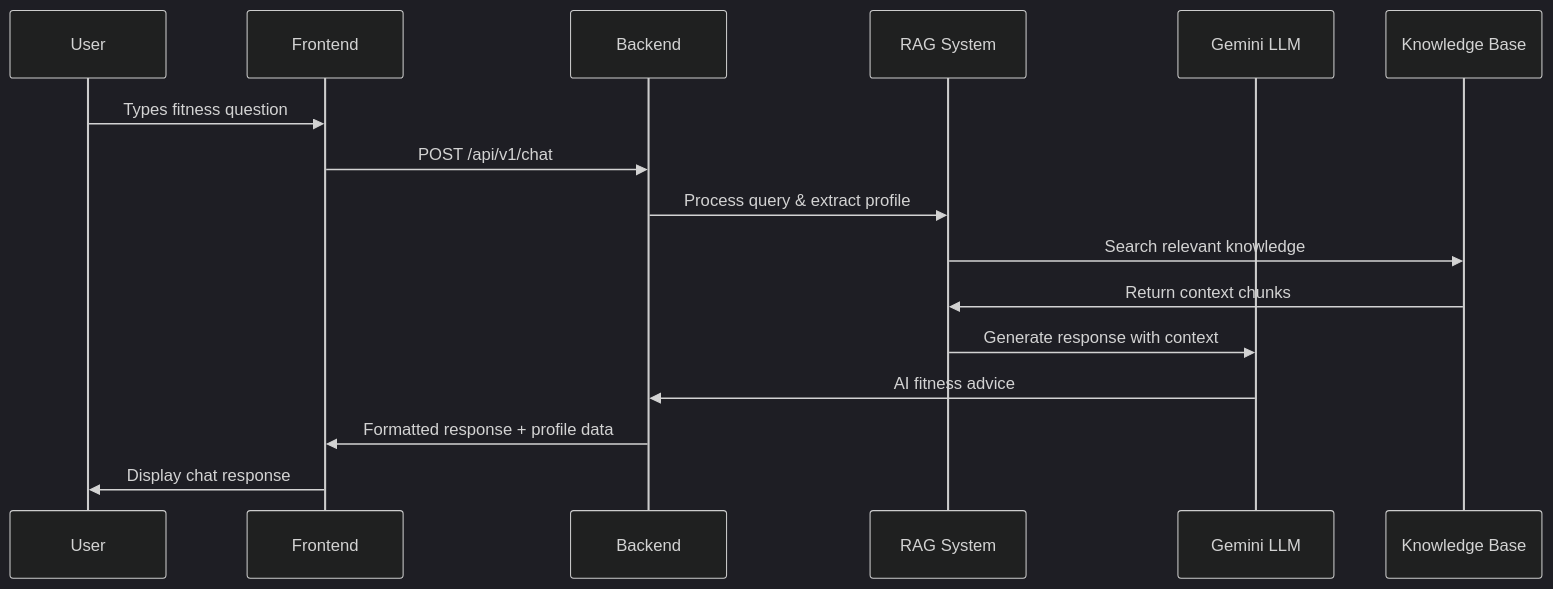
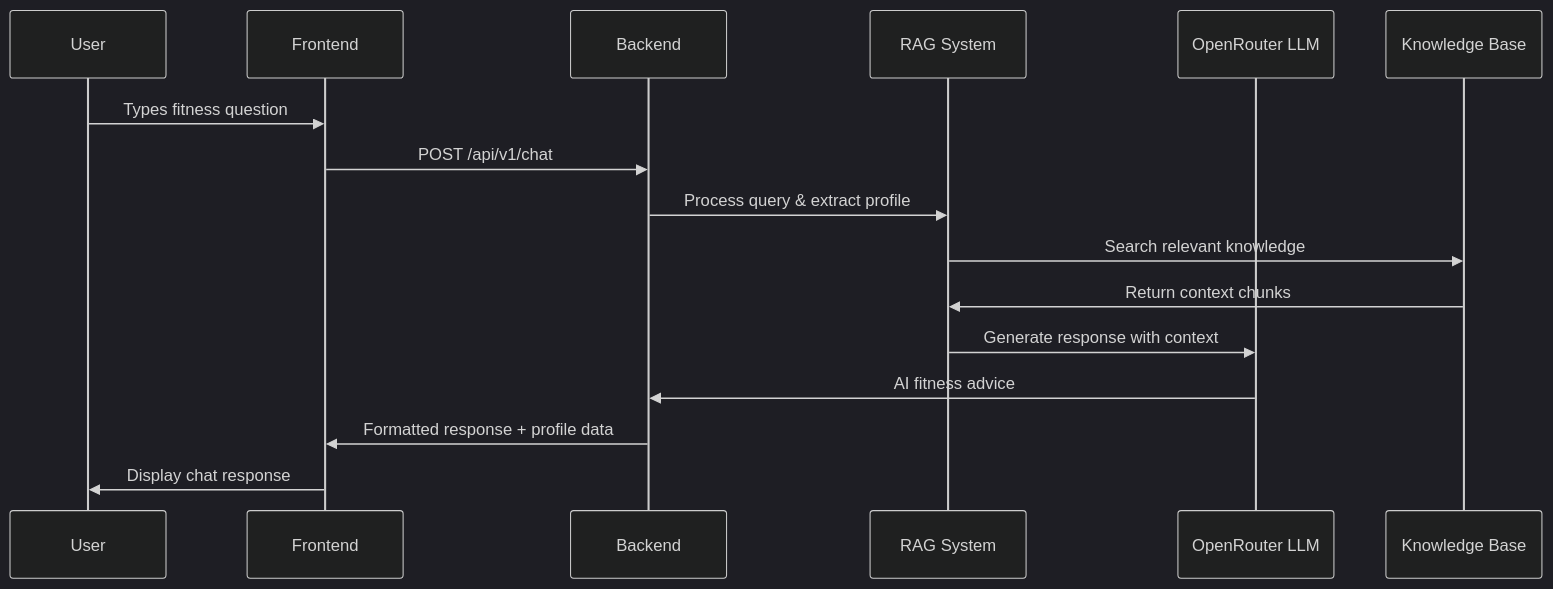
One commit to JoeyRudd/ai-fitness-coach changed the third of 3 diagrams in README.md. Above: the diagram before and after it, drawn with Mermaid (dark theme). The commit also changed other lines of this file and 11 other files, not shown here.

First line of the commit message:
refactor: remove Gemini code and dependencies; migrate references to OpenRouter

````diff
--- a/README.md
+++ b/README.md
@@ -242,19 +242,19 @@
 ```mermaid
 sequenceDiagram
     participant U as User
     participant F as Frontend
     participant B as Backend
     participant R as RAG System
-    participant L as Gemini LLM
+    participant L as OpenRouter LLM
     participant K as Knowledge Base
 
     U->>F: Types fitness question
     F->>B: POST /api/v1/chat
     B->>R: Process query & extract profile
     R->>K: Search relevant knowledge
     K->>R: Return context chunks
     R->>L: Generate response with context
     L->>B: AI fitness advice
     B->>F: Formatted response + profile data
     F->>U: Display chat response
 ```
````
